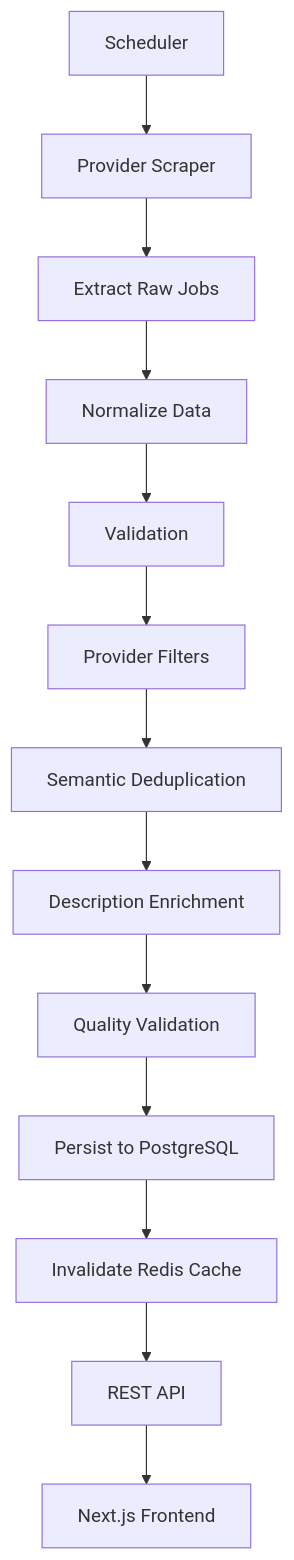
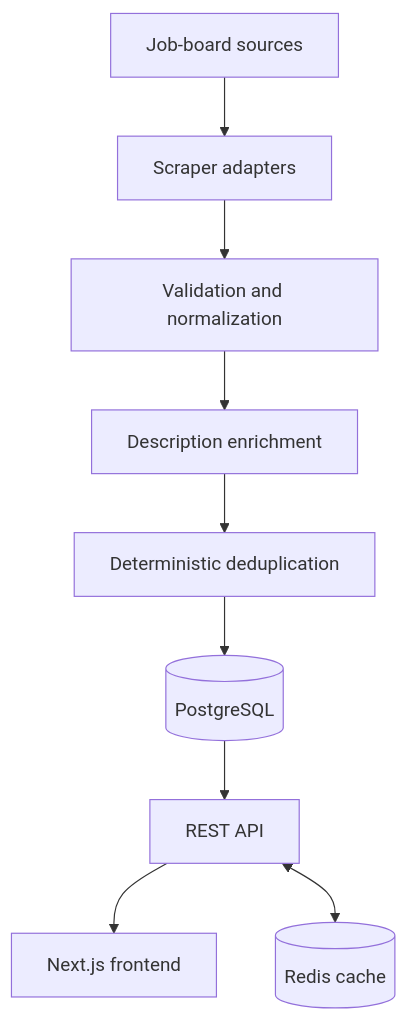
One commit to Ayesha-Islam/Job-scraper changed the diagram in docs/architecture/overview.md. Above: the diagram before and after it, drawn with Mermaid. The commit also changed other lines of this file and 87 other files, not shown here.

````diff
--- a/docs/architecture/overview.md
+++ b/docs/architecture/overview.md
@@ -126,29 +15,11 @@
 ```mermaid
 flowchart TD
-
-A[Scheduler]
-
-A --> B[Provider Scraper]
-
-B --> C[Extract Raw Jobs]
-
-C --> D[Normalize Data]
-
-D --> E[Validation]
-
-E --> F[Provider Filters]
-
-F --> G[Semantic Deduplication]
-
-G --> H[Description Enrichment]
-
-H --> I[Quality Validation]
-
-I --> J[Persist to PostgreSQL]
-
-J --> K[Invalidate Redis Cache]
-
-K --> L[REST API]
-
-L --> M[Next.js Frontend]
+    S["Job-board sources"] --> C["Scraper adapters"]
+    C --> P["Validation and normalization"]
+    P --> E["Description enrichment"]
+    E --> D["Deterministic deduplication"]
+    D --> DB[("PostgreSQL")]
+    DB --> API["REST API"]
+    API --> UI["Next.js frontend"]
+    API <--> R[("Redis cache")]
 ```
````
